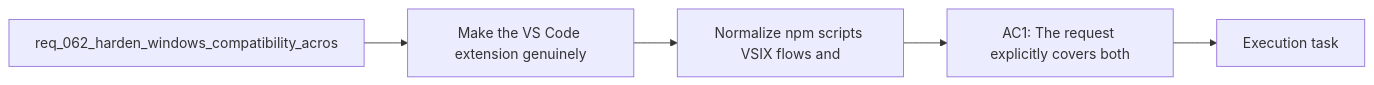
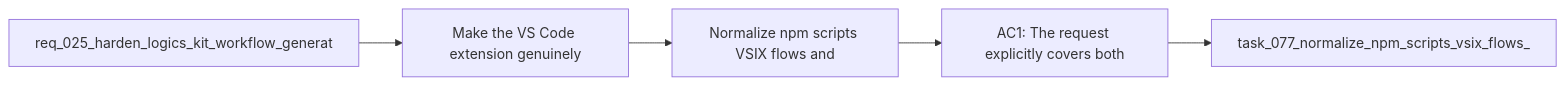
Before and after one commit to AlexAgo83/logics-manager: the diagram in logics/backlog/item_075_normalize_npm_scripts_vsix_flows_and_repository_text_file_handling_for_windows.md, drawn with Mermaid. The commit also changed 481 other files, not shown here.

Commit message:
Normalize Logics docs and workflow indicators

````diff
--- a/logics/backlog/item_075_normalize_npm_scripts_vsix_flows_and_repository_text_file_handling_for_windows.md
+++ b/logics/backlog/item_075_normalize_npm_scripts_vsix_flows_and_repository_text_file_handling_for_windows.md
@@ -24,9 +24,9 @@
 ```mermaid
 %% logics-kind: backlog
 %% logics-signature: backlog|normalize-npm-scripts-vsix-flows-and-rep|req-025-harden-logics-kit-workflow-gener|make-the-vs-code-extension-genuinely|ac1-the-request-explicitly-covers-both
 flowchart LR
-    Request[req_062_harden_windows_compatibility_acros] --> Problem[Make the VS Code extension genuinely]
+    Request[req_025_harden_logics_kit_workflow_generat] --> Problem[Make the VS Code extension genuinely]
     Problem --> Scope[Normalize npm scripts VSIX flows and]
     Scope --> Acceptance[AC1: The request explicitly covers both]
-    Acceptance --> Tasks[Execution task]
+    Acceptance --> Tasks[task_077_normalize_npm_scripts_vsix_flows_]
 ```
````
